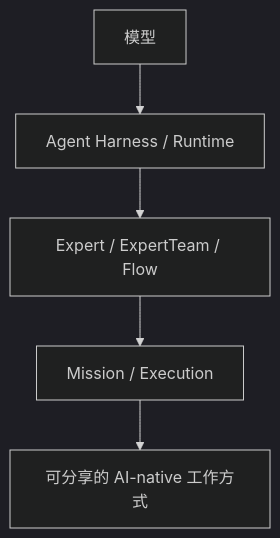
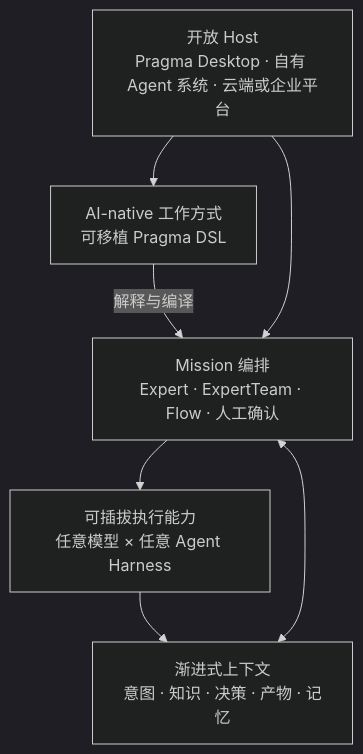
The second of 2 diagrams in README.zh-CN.md (pqpo/pragma), drawn with Mermaid (dark theme) before and after one commit. The commit also changed other lines of this file and 1 other file, not shown here.

Commit message:
clarify Pragma vision and differentiation

````diff
--- a/README.zh-CN.md
+++ b/README.zh-CN.md
@@ -65,13 +99,15 @@
 ```mermaid
-flowchart TD
-  models["模型"]
-  harnesses["Agent Harness / Runtime"]
-  methods["Expert / ExpertTeam / Flow"]
-  missions["Mission / Execution"]
-  shared["可分享的 AI-native 工作方式"]
+flowchart TB
+  method["AI-native 工作方式<br/>可移植 Pragma DSL"]
+  orchestration["Mission 编排<br/>Expert · ExpertTeam · Flow · 人工确认"]
+  context["渐进式上下文<br/>意图 · 知识 · 决策 · 产物 · 记忆"]
+  execution["可插拔执行能力<br/>任意模型 × 任意 Agent Harness"]
+  hosts["开放 Host<br/>Pragma Desktop · 自有 Agent 系统 · 云端或企业平台"]
 
-  models --> harnesses
-  harnesses --> methods
-  methods --> missions
-  missions --> shared
+  method -->|解释与编译| orchestration
+  context <--> orchestration
+  orchestration --> execution
+  execution --> context
+  hosts --> method
+  hosts --> orchestration
 ```
````
